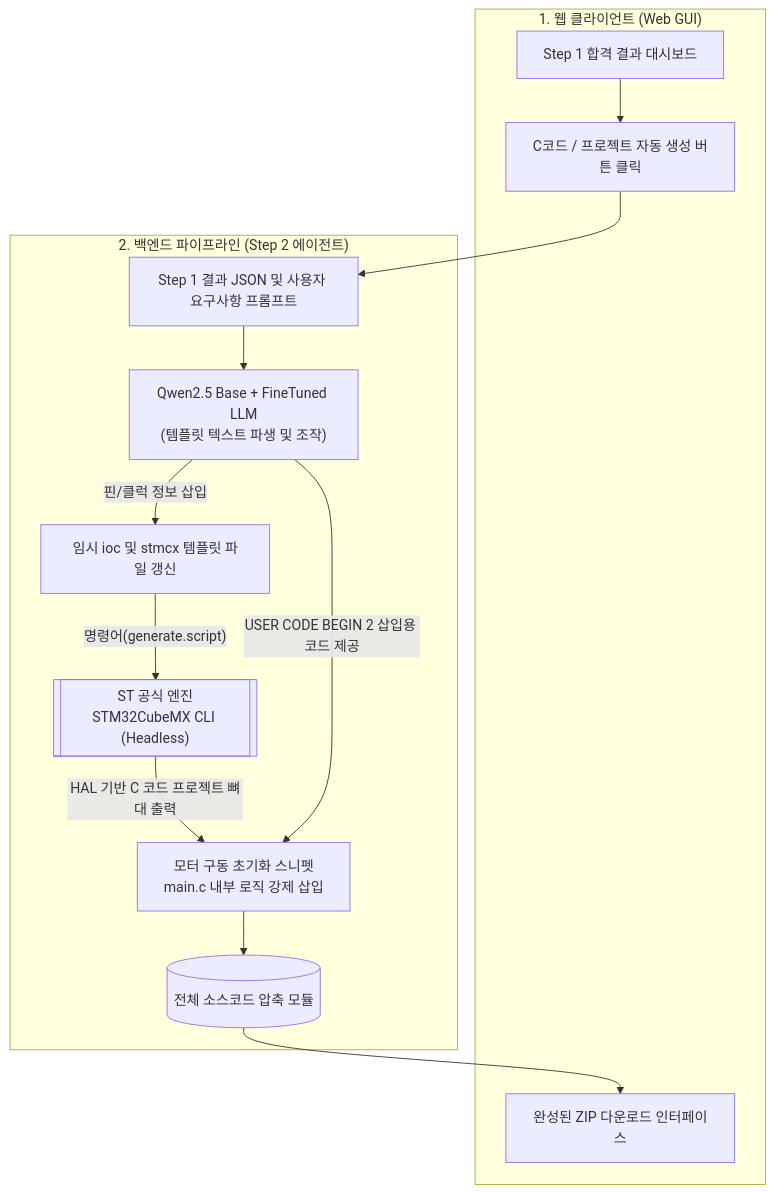
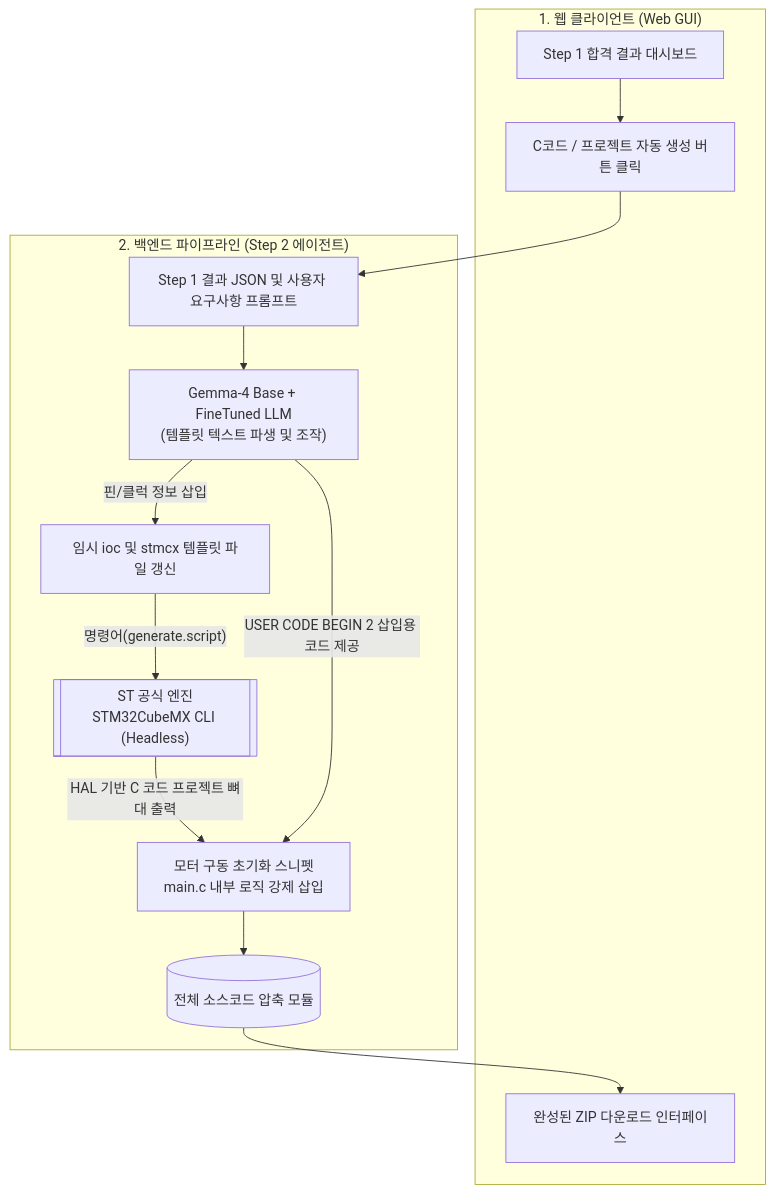
The first of 2 diagrams in work/step2_code_gen_plan.md (younlea/MotorDriveForge), drawn with Mermaid before and after one commit. The commit also changed 8 other files, not shown here.

Commit message:
refactor: Migrate all system configuration and workflow documents from Qwen2.5 to Gemma-4

````diff
--- a/work/step2_code_gen_plan.md
+++ b/work/step2_code_gen_plan.md
@@ -77,29 +77,29 @@
 ```mermaid
 flowchart TD
     subgraph Frontend ["1. 웹 클라이언트 (Web GUI)"]
         UI["Step 1 합격 결과 대시보드"]
         Btn["C코드 / 프로젝트 자동 생성 버튼 클릭"]
         Download["완성된 ZIP 다운로드 인터페이스"]
     end
 
     subgraph Backend ["2. 백엔드 파이프라인 (Step 2 에이전트)"]
         DataT["Step 1 결과 JSON 및 사용자 요구사항 프롬프트"]
-        LLM["Qwen2.5 Base + FineTuned LLM\n(템플릿 텍스트 파생 및 조작)"]
+        LLM["Gemma-4 Base + FineTuned LLM\n(템플릿 텍스트 파생 및 조작)"]
         TempFile["임시 ioc 및 stmcx 템플릿 파일 갱신"]
         
         CubeMX_CLI[["ST 공식 엔진\nSTM32CubeMX CLI (Headless)"]]
         
         CodeSnippet["모터 구동 초기화 스니펫\nmain.c 내부 로직 강제 삽입"]
         Zipper[("전체 소스코드 압축 모듈")]
     end
 
     UI --> Btn
     Btn --> DataT
     DataT --> LLM
     LLM -->|"핀/클럭 정보 삽입"| TempFile
     TempFile -->|"명령어(generate.script)"| CubeMX_CLI
     CubeMX_CLI -->|"HAL 기반 C 코드 프로젝트 뼈대 출력"| CodeSnippet
     LLM -->|"USER CODE BEGIN 2 삽입용 코드 제공"| CodeSnippet
     CodeSnippet --> Zipper
     Zipper --> Download
 ```
````
